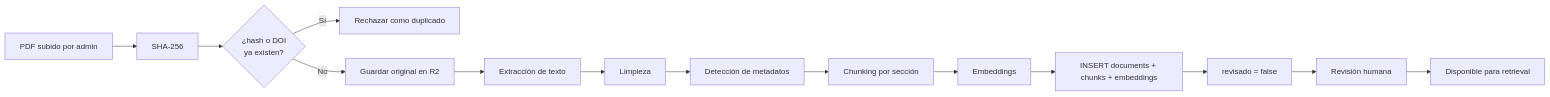
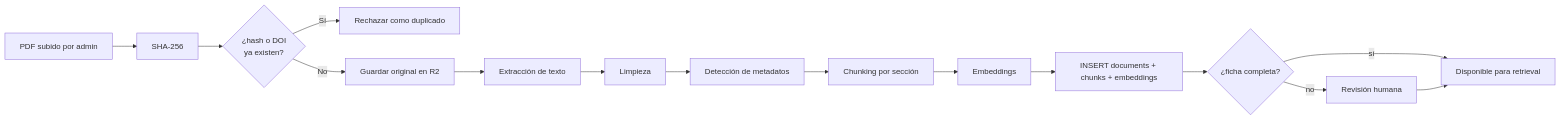
One commit to Robertocuinas/hybrid-coach changed the second of 2 diagrams in docs/05-rag.md. Above: the diagram before and after it, drawn with Mermaid. The commit also changed other lines of this file and 7 other files, not shown here.

````diff
--- a/docs/05-rag.md
+++ b/docs/05-rag.md
@@ -31,16 +31,17 @@
 ```mermaid
 flowchart LR
     P["PDF subido por admin"] --> H["SHA-256"]
     H --> D{"¿hash o DOI<br/>ya existen?"}
     D -- Sí --> X["Rechazar como duplicado"]
     D -- No --> S["Guardar original en R2"]
     S --> T["Extracción de texto"]
     T --> C["Limpieza"]
     C --> M["Detección de metadatos"]
     M --> CH["Chunking por sección"]
     CH --> EM["Embeddings"]
     EM --> I["INSERT documents + chunks + embeddings"]
-    I --> R["revisado = false"]
-    R --> V["Revisión humana"]
-    V --> OK["Disponible para retrieval"]
+    I --> R{"¿ficha completa?"}
+    R -->|sí| OK["Disponible para retrieval"]
+    R -->|no| V["Revisión humana"]
+    V --> OK
 ```
````
